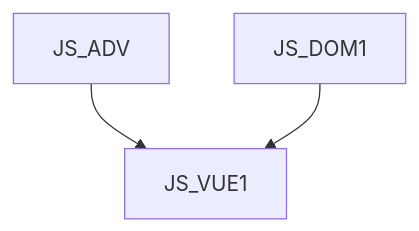
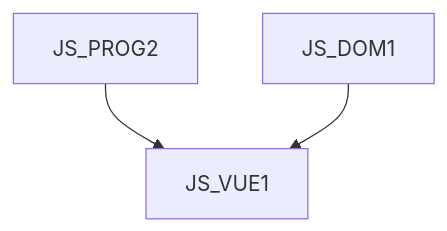
The diagram in JS_VUE1 CZ.md (mbradic/gopas-osnovy), drawn with Mermaid before and after one commit. The commit also changed 31 other files, not shown here.

Commit message:
Update: JS_INTRO a JS_ADV -> JS_PROG1 a JS_PROG2

````diff
--- a/JS_VUE1 CZ.md
+++ b/JS_VUE1 CZ.md
@@ -11,5 +11,5 @@
 ```mermaid
 graph TD
-    JS_ADV --> JS_VUE1
+    JS_PROG2 --> JS_VUE1
     JS_DOM1 --> JS_VUE1
 ```
````
